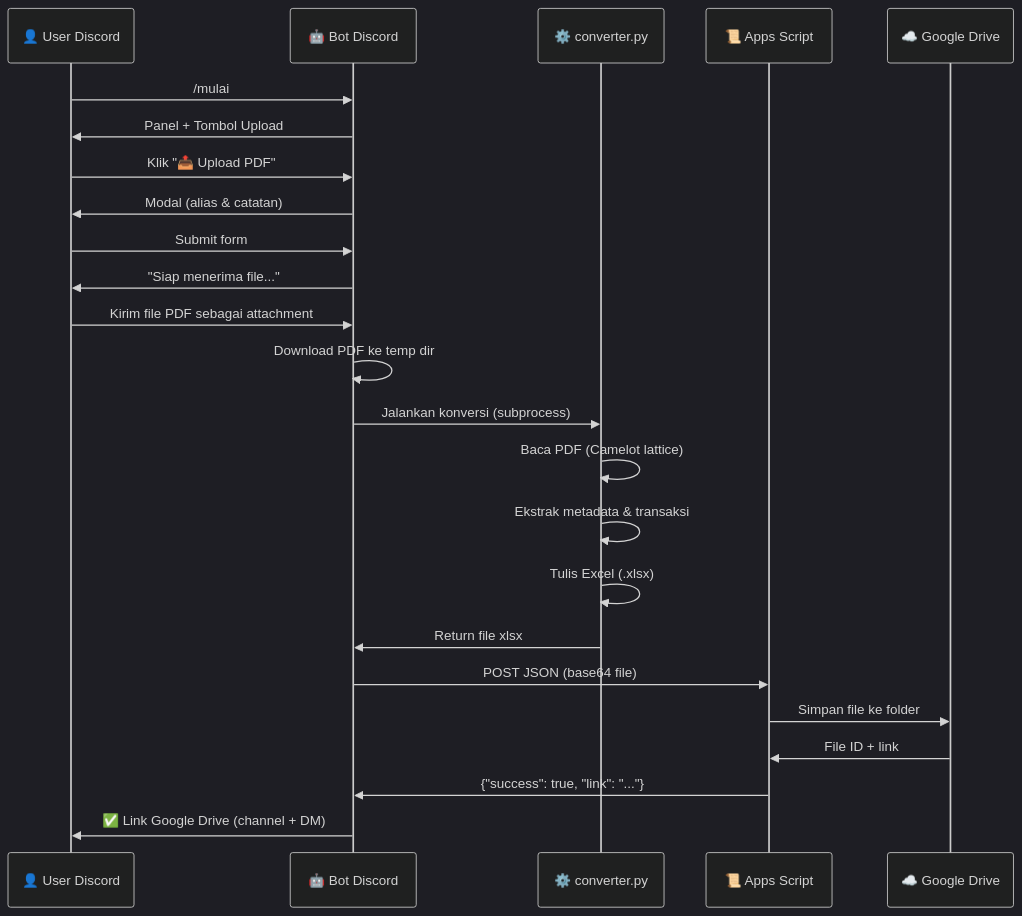
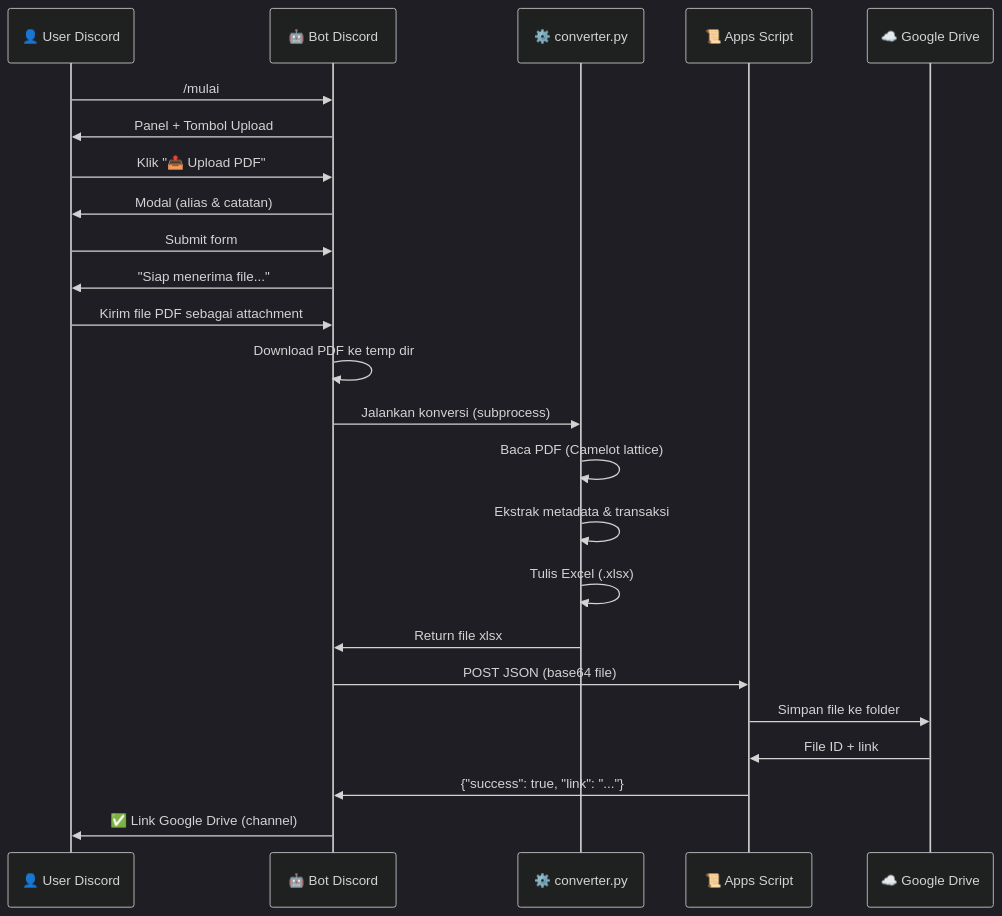
One commit to SuperfoodTech/UltraJurnal-bot changed the diagram in README.md. Above: the diagram before and after it, drawn with Mermaid (dark theme). The commit also changed other lines of this file, not shown here.

````diff
--- a/README.md
+++ b/README.md
@@ -233,27 +350,27 @@
 ```mermaid
 sequenceDiagram
     participant U as 👤 User Discord
     participant B as 🤖 Bot Discord
     participant C as ⚙️ converter.py
     participant G as 📜 Apps Script
     participant D as ☁️ Google Drive
 
     U->>B: /mulai
     B->>U: Panel + Tombol Upload
     U->>B: Klik "📤 Upload PDF"
     B->>U: Modal (alias & catatan)
     U->>B: Submit form
     B->>U: "Siap menerima file..."
     U->>B: Kirim file PDF sebagai attachment
     B->>B: Download PDF ke temp dir
     B->>C: Jalankan konversi (subprocess)
     C->>C: Baca PDF (Camelot lattice)
     C->>C: Ekstrak metadata & transaksi
     C->>C: Tulis Excel (.xlsx)
     C->>B: Return file xlsx
     B->>G: POST JSON (base64 file)
     G->>D: Simpan file ke folder
     D->>G: File ID + link
     G->>B: {"success": true, "link": "..."}
-    B->>U: ✅ Link Google Drive (channel + DM)
+    B->>U: ✅ Link Google Drive (channel)
 ```
````
